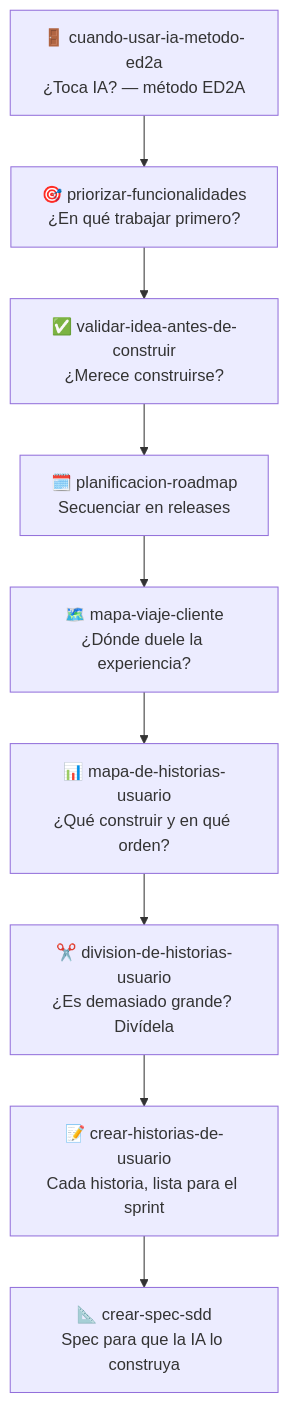
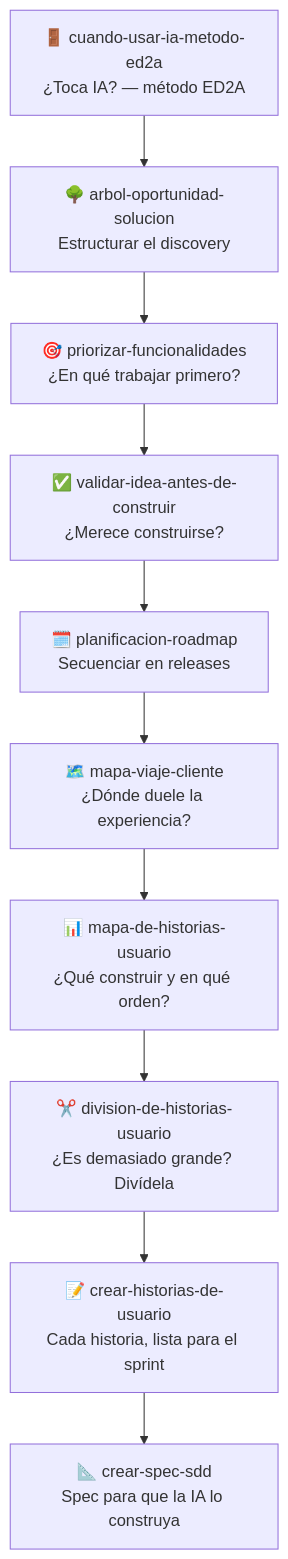
One commit to javier-garzas/ia-product-management changed the diagram in README.md. Above: the diagram before and after it, drawn with Mermaid. The commit also changed other lines of this file and 1 other file, not shown here.

Commit message:
Anade la skill arbol-oportunidad-solucion (OST de Teresa Torres)

````diff
--- a/README.md
+++ b/README.md
@@ -28,13 +28,14 @@
 ```mermaid
 flowchart TD
     A["🚪 cuando-usar-ia-metodo-ed2a<br/>¿Toca IA? — método ED2A"]
+    T["🌳 arbol-oportunidad-solucion<br/>Estructurar el discovery"]
     P["🎯 priorizar-funcionalidades<br/>¿En qué trabajar primero?"]
     B["✅ validar-idea-antes-de-construir<br/>¿Merece construirse?"]
     R["🗓️ planificacion-roadmap<br/>Secuenciar en releases"]
     C["🗺️ mapa-viaje-cliente<br/>¿Dónde duele la experiencia?"]
     D["📊 mapa-de-historias-usuario<br/>¿Qué construir y en qué orden?"]
     G["✂️ division-de-historias-usuario<br/>¿Es demasiado grande? Divídela"]
     E["📝 crear-historias-de-usuario<br/>Cada historia, lista para el sprint"]
     F["📐 crear-spec-sdd<br/>Spec para que la IA lo construya"]
-    A --> P --> B --> R --> C --> D --> G --> E --> F
+    A --> T --> P --> B --> R --> C --> D --> G --> E --> F
 ```
````
